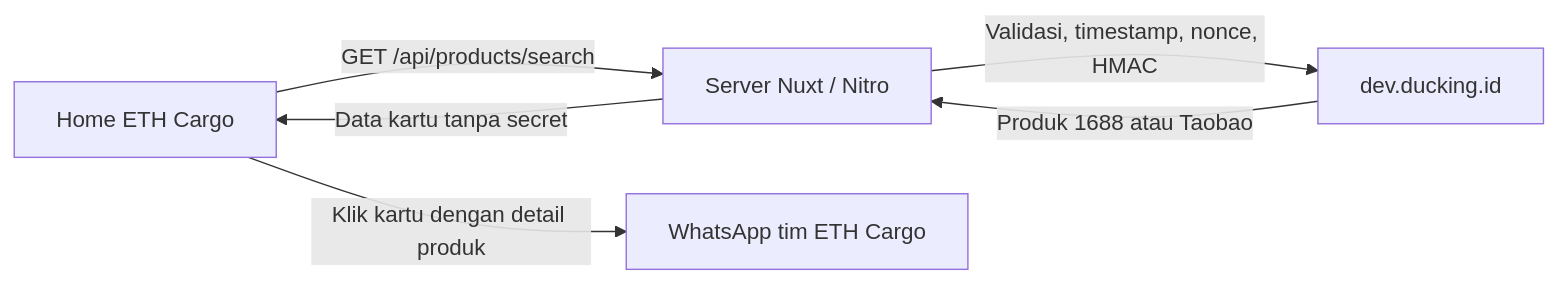
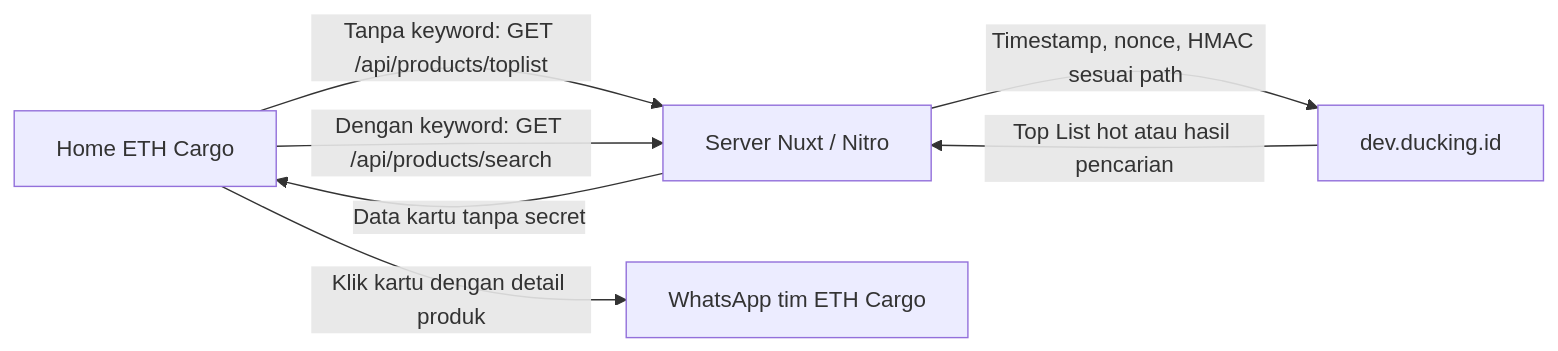
One commit to ETH-APPS/eth-web changed the diagram in docs/ducking-product-flow.md. Above: the diagram before and after it, drawn with Mermaid. The commit also changed other lines of this file and 10 other files, not shown here.

````diff
--- a/docs/ducking-product-flow.md
+++ b/docs/ducking-product-flow.md
@@ -8,8 +8,9 @@
 ```mermaid
 flowchart LR
-    A[Home ETH Cargo] -->|GET /api/products/search| B[Server Nuxt / Nitro]
-    B -->|Validasi, timestamp, nonce, HMAC| C[dev.ducking.id]
-    C -->|Produk 1688 atau Taobao| B
+    A[Home ETH Cargo] -->|Tanpa keyword: GET /api/products/toplist| B[Server Nuxt / Nitro]
+    A -->|Dengan keyword: GET /api/products/search| B
+    B -->|Timestamp, nonce, HMAC sesuai path| C[dev.ducking.id]
+    C -->|Top List hot atau hasil pencarian| B
     B -->|Data kartu tanpa secret| A
     A -->|Klik kartu dengan detail produk| D[WhatsApp tim ETH Cargo]
 ```
````
